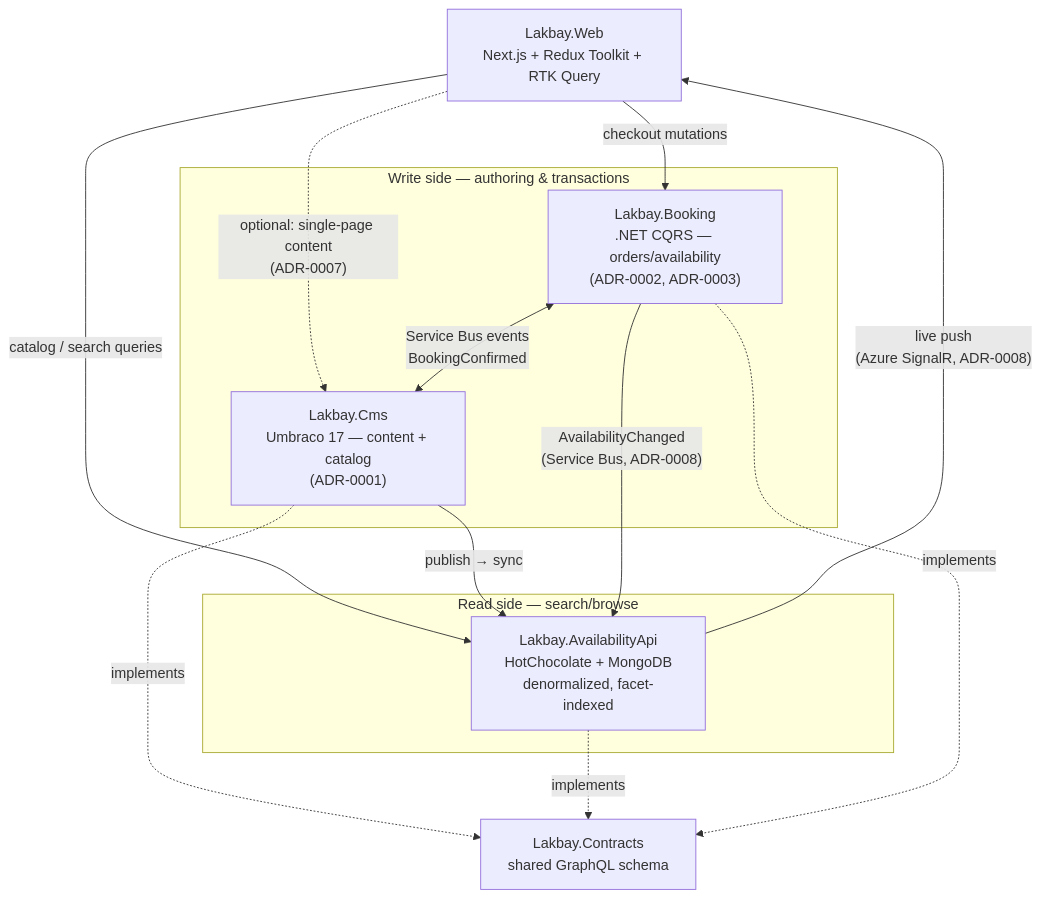
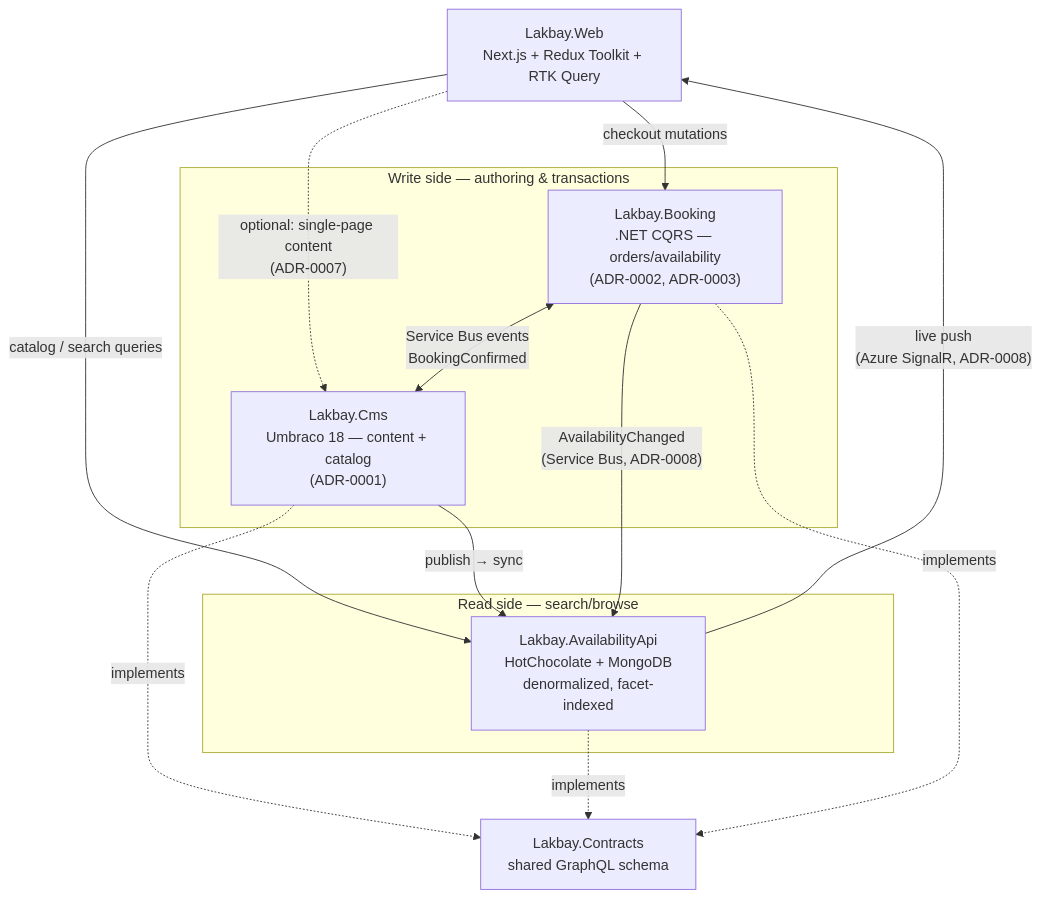
One commit to randolfsegubre/Lakbay.Docs changed the diagram in docs/06_SYSTEM_ARCHITECTURE.md. Above: the diagram before and after it, drawn with Mermaid. The commit also changed other lines of this file and 4 other files, not shown here.

````diff
--- a/docs/06_SYSTEM_ARCHITECTURE.md
+++ b/docs/06_SYSTEM_ARCHITECTURE.md
@@ -21,26 +21,26 @@
 ```mermaid
 flowchart TB
     Web["Lakbay.Web\nNext.js + Redux Toolkit + RTK Query"]
 
     subgraph Read["Read side — search/browse"]
         Search["Lakbay.AvailabilityApi\nHotChocolate + MongoDB\ndenormalized, facet-indexed"]
     end
 
     subgraph Write["Write side — authoring & transactions"]
-        Cms["Lakbay.Cms\nUmbraco 17 — content + catalog\n(ADR-0001)"]
+        Cms["Lakbay.Cms\nUmbraco 18 — content + catalog\n(ADR-0001)"]
         Booking["Lakbay.Booking\n.NET CQRS — orders/availability\n(ADR-0002, ADR-0003)"]
     end
 
     Contracts["Lakbay.Contracts\nshared GraphQL schema"]
 
     Web -- "catalog / search queries" --> Search
     Web -- "checkout mutations" --> Booking
     Web -. "optional: single-page content\n(ADR-0007)" .-> Cms
     Cms -- "publish → sync" --> Search
     Booking -- "AvailabilityChanged\n(Service Bus, ADR-0008)" --> Search
     Booking <-- "Service Bus events\nBookingConfirmed" --> Cms
     Search -- "live push\n(Azure SignalR, ADR-0008)" --> Web
     Cms -. implements .-> Contracts
     Search -. implements .-> Contracts
     Booking -. implements .-> Contracts
 ```
````
